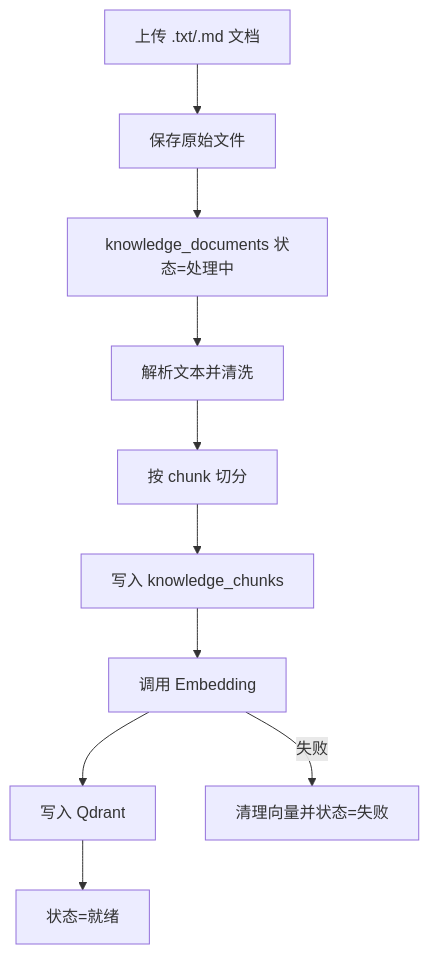
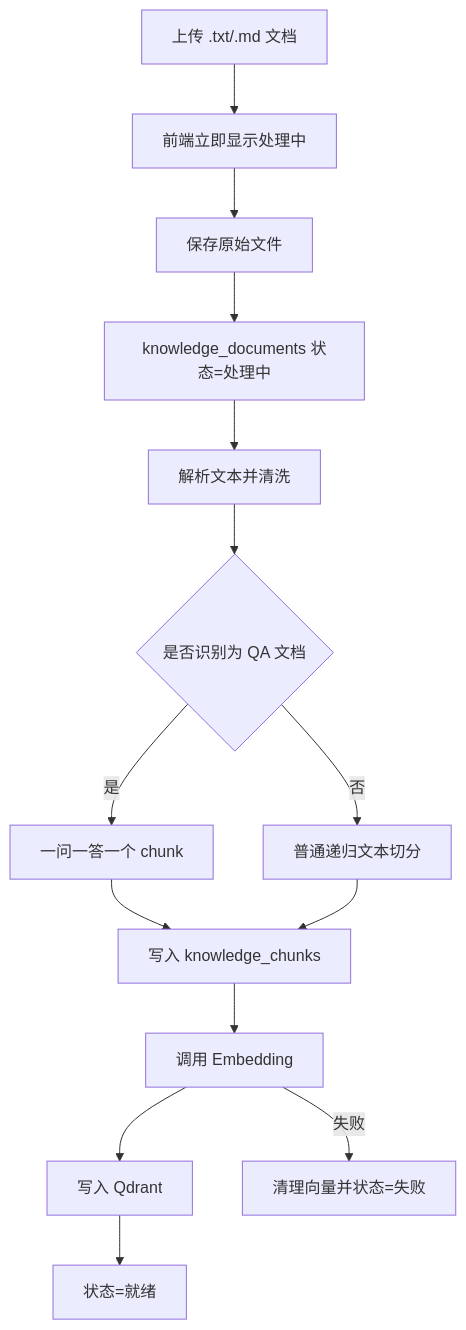
Before and after one commit to Itachi852/aegisdesk-ai: the third of 6 diagrams in docs/业务流程说明.md, drawn with Mermaid. The commit also changed other lines of this file and 24 other files, not shown here.

````diff
--- a/docs/业务流程说明.md
+++ b/docs/业务流程说明.md
@@ -50,12 +54,16 @@
 ```mermaid
 flowchart TD
-    A["上传 .txt/.md 文档"] --> B["保存原始文件"]
+    A["上传 .txt/.md 文档"] --> A1["前端立即显示处理中"]
+    A1 --> B["保存原始文件"]
     B --> C["knowledge_documents 状态=处理中"]
     C --> D["解析文本并清洗"]
-    D --> E["按 chunk 切分"]
-    E --> F["写入 knowledge_chunks"]
+    D --> E{"是否识别为 QA 文档"}
+    E -->|是| F1["一问一答一个 chunk"]
+    E -->|否| F2["普通递归文本切分"]
+    F1 --> F["写入 knowledge_chunks"]
+    F2 --> F["写入 knowledge_chunks"]
     F --> G["调用 Embedding"]
     G --> H["写入 Qdrant"]
     H --> I["状态=就绪"]
     G -->|失败| J["清理向量并状态=失败"]
 ```
````
